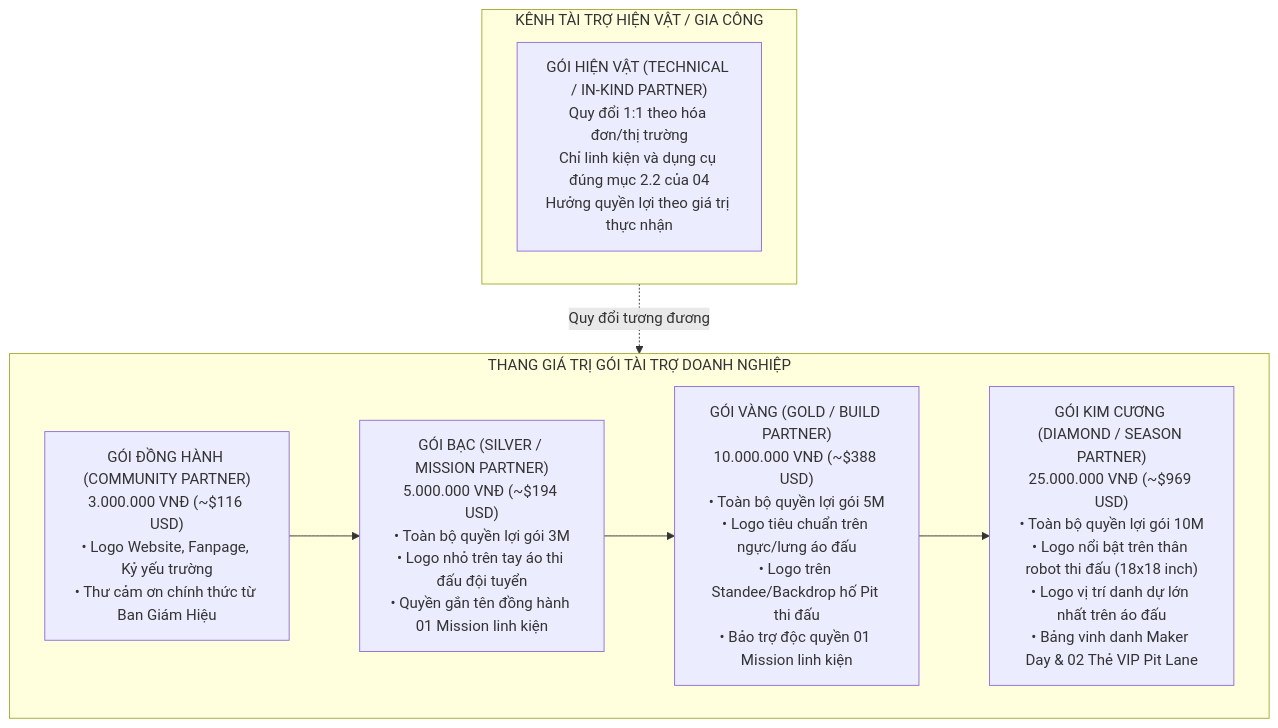
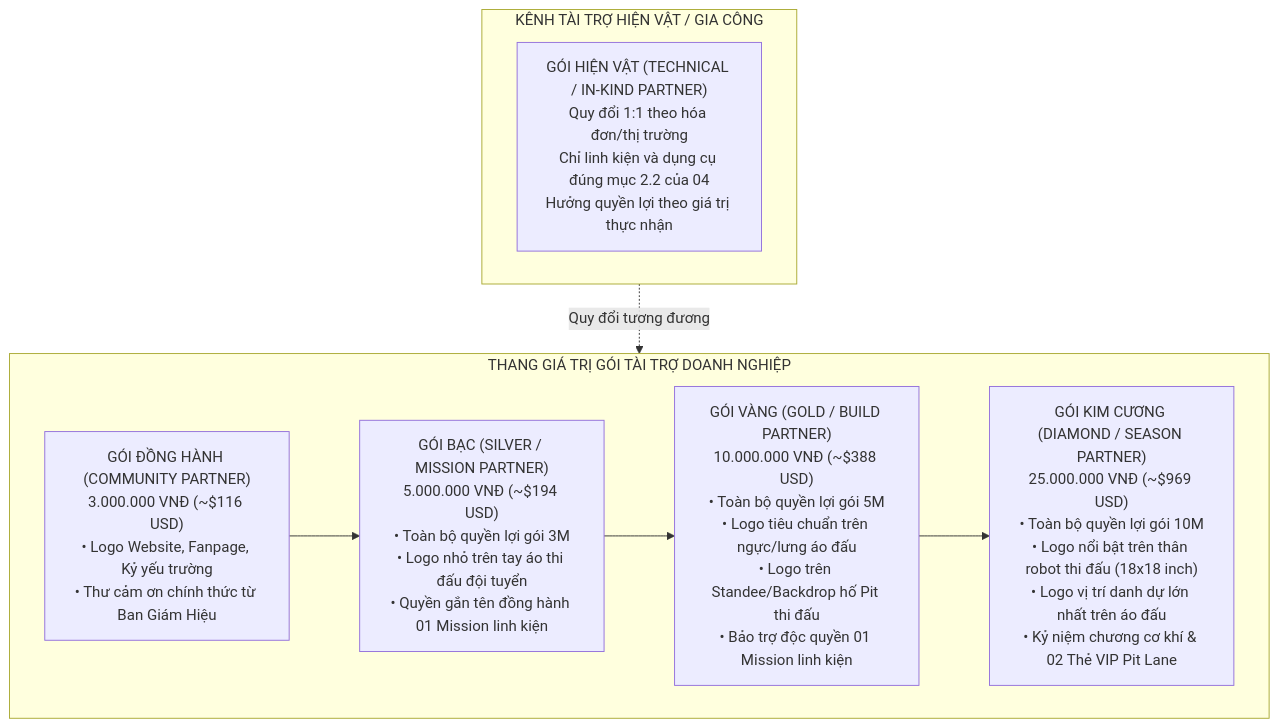
The first of 4 diagrams in docs/campaign-2026-2027/05-goi-tai-tro-doanh-nghiep.md (Minhmice/roboticssocson), drawn with Mermaid before and after one commit. The commit also changed other lines of this file and 367 other files, not shown here.

````diff
--- a/docs/campaign-2026-2027/05-goi-tai-tro-doanh-nghiep.md
+++ b/docs/campaign-2026-2027/05-goi-tai-tro-doanh-nghiep.md
@@ -7,20 +7,20 @@
 ```mermaid
 flowchart TD
     subgraph SPONSOR_VALUE_LADDER["THANG GIÁ TRỊ GÓI TÀI TRỢ DOANH NGHIỆP"]
         T1["GÓI ĐỒNG HÀNH (COMMUNITY PARTNER)<br>3.000.000 VNĐ (~$116 USD)<br>• Logo Website, Fanpage, Kỷ yếu trường<br>• Thư cảm ơn chính thức từ Ban Giám Hiệu"]
         
         T2["GÓI BẠC (SILVER / MISSION PARTNER)<br>5.000.000 VNĐ (~$194 USD)<br>• Toàn bộ quyền lợi gói 3M<br>• Logo nhỏ trên tay áo thi đấu đội tuyển<br>• Quyền gắn tên đồng hành 01 Mission linh kiện"]
         
         T3["GÓI VÀNG (GOLD / BUILD PARTNER)<br>10.000.000 VNĐ (~$388 USD)<br>• Toàn bộ quyền lợi gói 5M<br>• Logo tiêu chuẩn trên ngực/lưng áo đấu<br>• Logo trên Standee/Backdrop hố Pit thi đấu<br>• Bảo trợ độc quyền 01 Mission linh kiện"]
         
-        T4["GÓI KIM CƯƠNG (DIAMOND / SEASON PARTNER)<br>25.000.000 VNĐ (~$969 USD)<br>• Toàn bộ quyền lợi gói 10M<br>• Logo nổi bật trên thân robot thi đấu (18x18 inch)<br>• Logo vị trí danh dự lớn nhất trên áo đấu<br>• Bảng vinh danh Maker Day & 02 Thẻ VIP Pit Lane"]
+        T4["GÓI KIM CƯƠNG (DIAMOND / SEASON PARTNER)<br>25.000.000 VNĐ (~$969 USD)<br>• Toàn bộ quyền lợi gói 10M<br>• Logo nổi bật trên thân robot thi đấu (18x18 inch)<br>• Logo vị trí danh dự lớn nhất trên áo đấu<br>• Kỷ niệm chương cơ khí & 02 Thẻ VIP Pit Lane"]
 
         T1 --> T2 --> T3 --> T4
     end
     
     subgraph IN_KIND_TRACK["KÊNH TÀI TRỢ HIỆN VẬT / GIA CÔNG"]
         IK["GÓI HIỆN VẬT (TECHNICAL / IN-KIND PARTNER)<br>Quy đổi 1:1 theo hóa đơn/thị trường<br>Chỉ linh kiện và dụng cụ đúng mục 2.2 của 04<br>Hưởng quyền lợi theo giá trị thực nhận"]
     end
     
     IN_KIND_TRACK -.->|Quy đổi tương đương| SPONSOR_VALUE_LADDER
 ```
````
